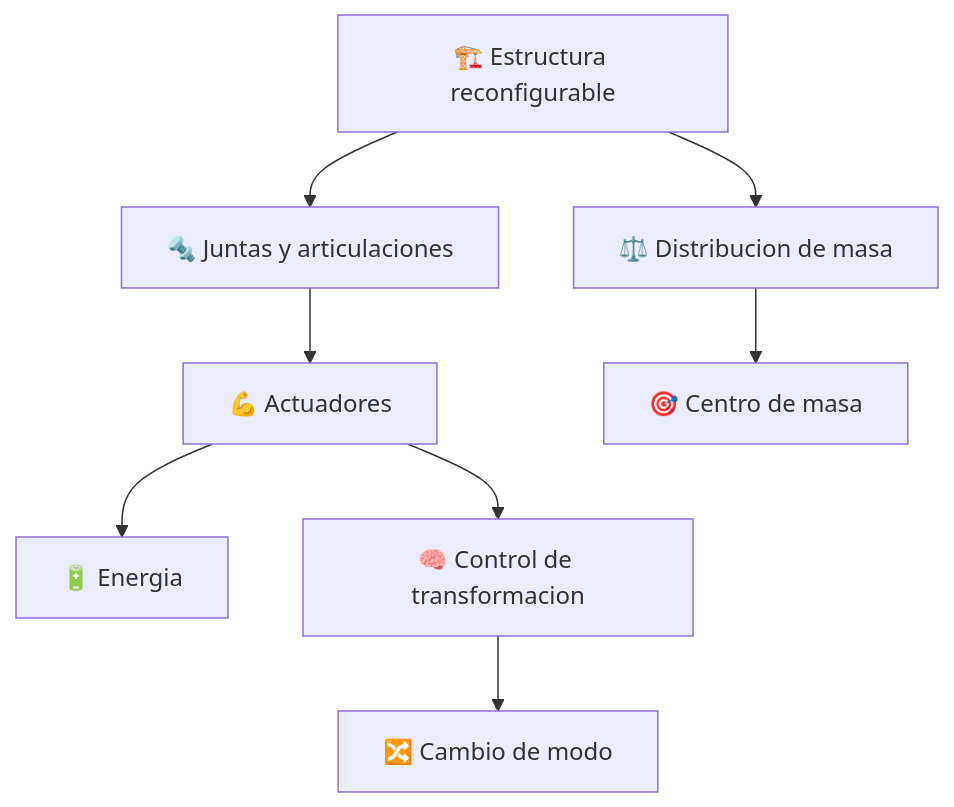
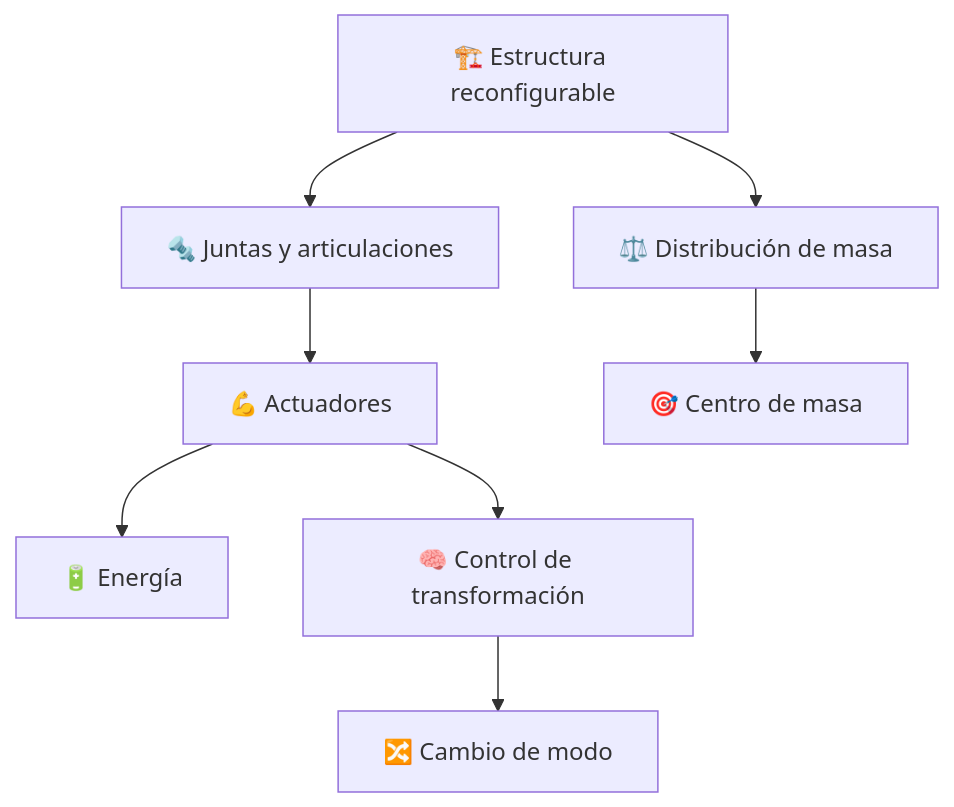
Before and after one commit to vladimiracunadev-create/machine-operator-program: the first of 2 diagrams in vehiculos-fantasticos/caza-transformable/operacion/sistemas-mecanicos-caza-transformable.md, drawn with Mermaid. The commit also changed other lines of this file and 442 other files, not shown here.

````diff
--- a/vehiculos-fantasticos/caza-transformable/operacion/sistemas-mecanicos-caza-transformable.md
+++ b/vehiculos-fantasticos/caza-transformable/operacion/sistemas-mecanicos-caza-transformable.md
@@ -12,10 +12,10 @@
 ```mermaid
 flowchart TD
     Estructura[🏗️ Estructura reconfigurable] --> Juntas[🔩 Juntas y articulaciones]
     Juntas --> Actuadores[💪 Actuadores]
-    Actuadores --> Energia[🔋 Energia]
-    Estructura --> Masa[⚖️ Distribucion de masa]
+    Actuadores --> Energia[🔋 Energía]
+    Estructura --> Masa[⚖️ Distribución de masa]
     Masa --> CentroMasa[🎯 Centro de masa]
-    Actuadores --> Control[🧠 Control de transformacion]
+    Actuadores --> Control[🧠 Control de transformación]
     Control --> Modo[🔀 Cambio de modo]
 ```
````
